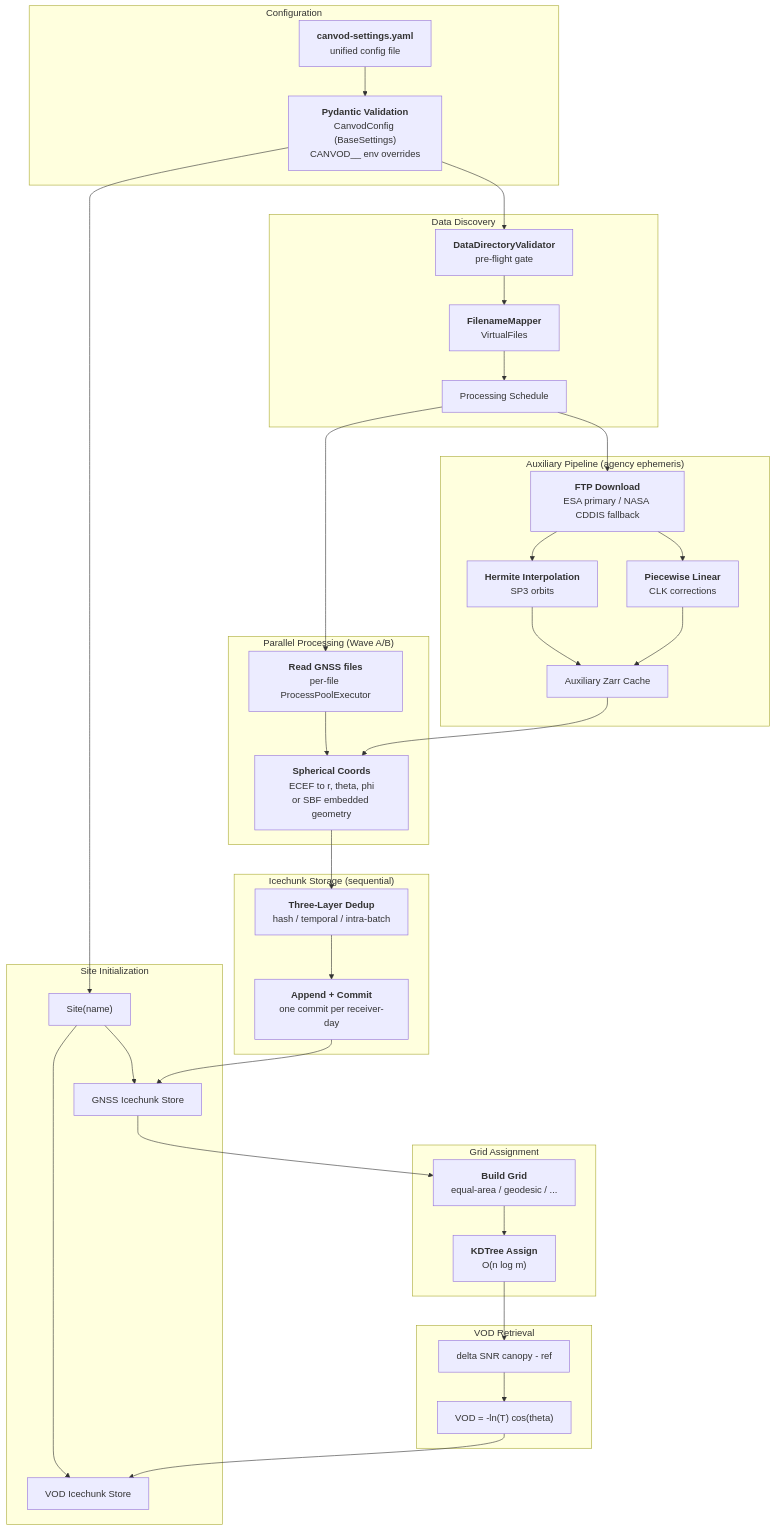
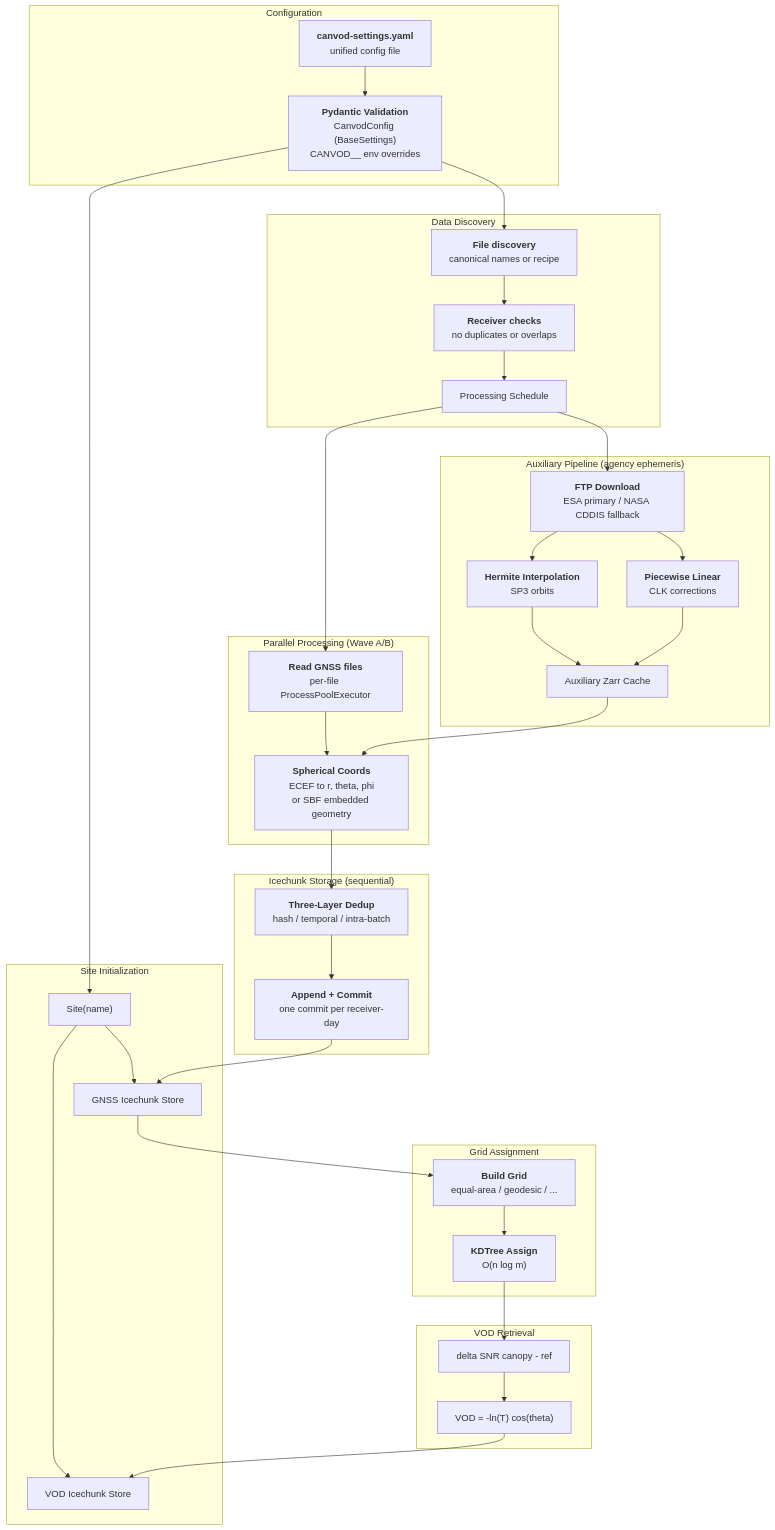
Before and after one commit to nfb2021/canvodpy: the second of 2 diagrams in docs/architecture.md, drawn with Mermaid. The commit also changed other lines of this file and 26 other files, not shown here.

````diff
--- a/docs/architecture.md
+++ b/docs/architecture.md
@@ -223,76 +223,76 @@
 ```mermaid
 flowchart TD
     subgraph CFG["Configuration"]
         YAML["`**canvod-settings.yaml**
         unified config file`"]
         PYDANTIC["`**Pydantic Validation**
         CanvodConfig (BaseSettings)
         CANVOD__ env overrides`"]
     end
 
     subgraph INIT["Site Initialization"]
         SITE["Site(name)"]
         RINEX_STORE["GNSS Icechunk Store"]
         VOD_STORE["VOD Icechunk Store"]
     end
 
     subgraph DISCOVERY["Data Discovery"]
-        VALIDATOR["`**DataDirectoryValidator**
-        pre-flight gate`"]
-        MAPPER["`**FilenameMapper**
-        VirtualFiles`"]
+        MAPPER["`**File discovery**
+        canonical names or recipe`"]
+        VALIDATOR["`**Receiver checks**
+        no duplicates or overlaps`"]
         SCHEDULE["Processing Schedule"]
     end
 
     subgraph AUX["Auxiliary Pipeline (agency ephemeris)"]
         FTP["`**FTP Download**
         ESA primary / NASA CDDIS fallback`"]
         HERMITE["`**Hermite Interpolation**
         SP3 orbits`"]
         LINEAR["`**Piecewise Linear**
         CLK corrections`"]
         AUX_ZARR["Auxiliary Zarr Cache"]
     end
 
     subgraph PARALLEL["Parallel Processing (Wave A/B)"]
         READ_R["`**Read GNSS files**
         per-file ProcessPoolExecutor`"]
         SPHERICAL["`**Spherical Coords**
         ECEF to r, theta, phi
         or SBF embedded geometry`"]
     end
 
     subgraph WRITE["Icechunk Storage (sequential)"]
         DEDUP["`**Three-Layer Dedup**
         hash / temporal / intra-batch`"]
         APPEND["`**Append + Commit**
         one commit per receiver-day`"]
     end
 
     subgraph GRID["Grid Assignment"]
         BUILD_GRID["`**Build Grid**
         equal-area / geodesic / ...`"]
         KDTREE["`**KDTree Assign**
         O(n log m)`"]
     end
 
     subgraph VOD["VOD Retrieval"]
         DELTA["delta SNR canopy - ref"]
         TAU["VOD = -ln(T) cos(theta)"]
     end
 
     YAML --> PYDANTIC --> SITE
     SITE --> RINEX_STORE & VOD_STORE
 
-    PYDANTIC --> VALIDATOR --> MAPPER --> SCHEDULE
+    PYDANTIC --> MAPPER --> VALIDATOR --> SCHEDULE
 
     SCHEDULE --> FTP --> HERMITE & LINEAR --> AUX_ZARR
 
     SCHEDULE --> READ_R --> SPHERICAL
     AUX_ZARR --> SPHERICAL
 
     SPHERICAL --> DEDUP --> APPEND --> RINEX_STORE
 
     RINEX_STORE --> BUILD_GRID --> KDTREE --> DELTA --> TAU
     TAU --> VOD_STORE
 ```
````
